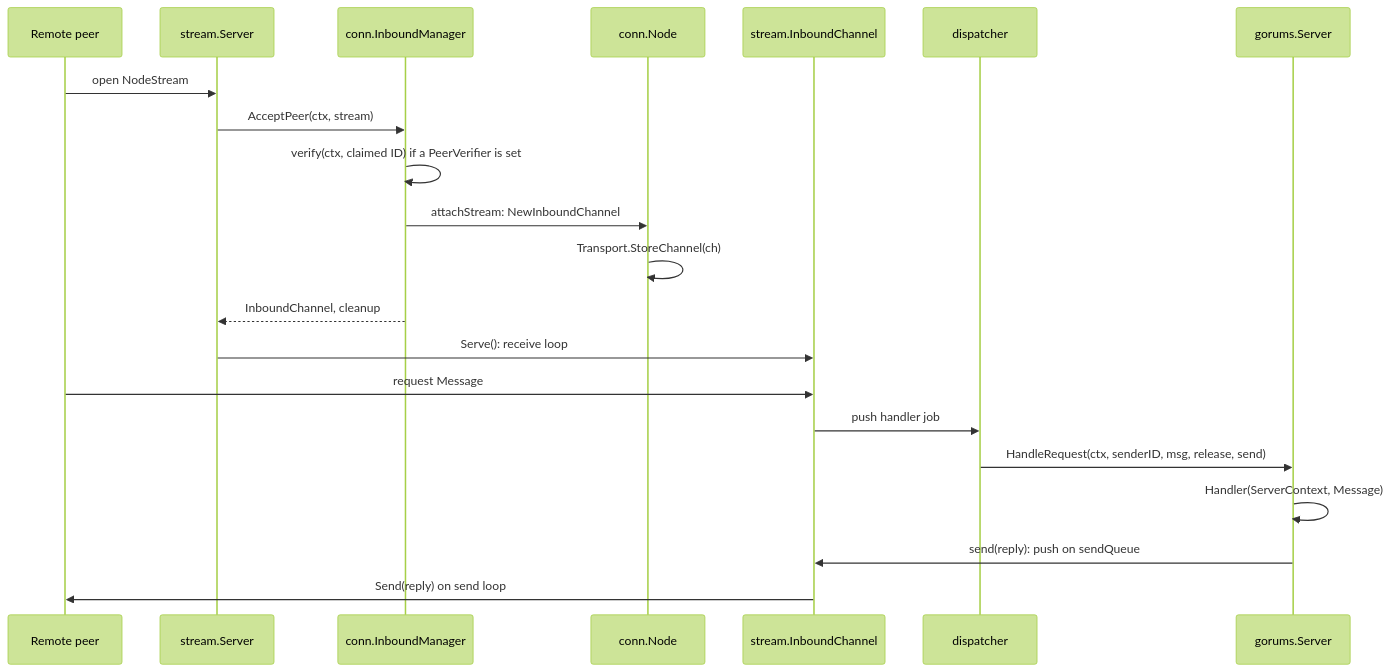
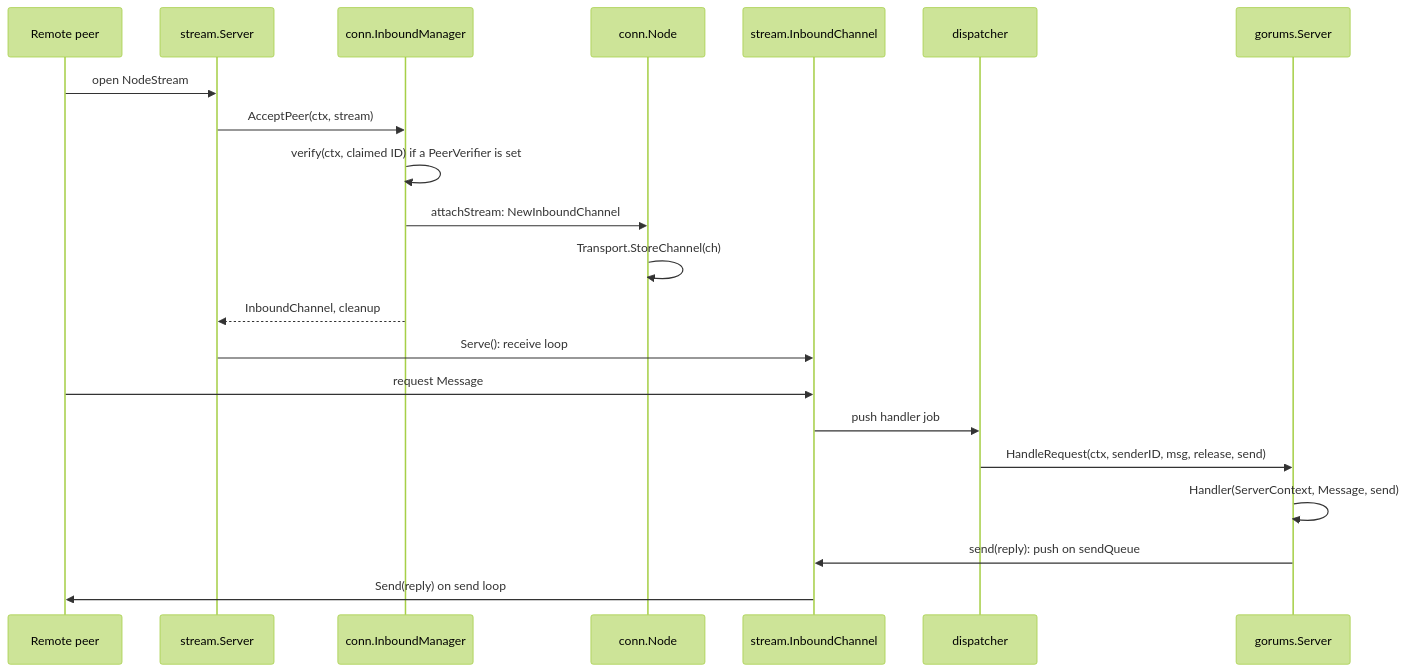
One commit to relab/gorums changed the tenth of 10 diagrams in doc/dev-guide.md. Above: the diagram before and after it, drawn with Mermaid (forest theme). The commit also changed other lines of this file and 20 other files, not shown here.

````diff
--- a/doc/dev-guide.md
+++ b/doc/dev-guide.md
@@ -683,24 +684,24 @@
 ```mermaid
 sequenceDiagram
     participant P as Remote peer
     participant SS as stream.Server
     participant IM as conn.InboundManager
     participant N as conn.Node
     participant IC as stream.InboundChannel
     participant D as dispatcher
     participant H as gorums.Server
 
     P->>SS: open NodeStream
     SS->>IM: AcceptPeer(ctx, stream)
     IM->>IM: verify(ctx, claimed ID) if a PeerVerifier is set
     IM->>N: attachStream: NewInboundChannel
     N->>N: Transport.StoreChannel(ch)
     IM-->>SS: InboundChannel, cleanup
     SS->>IC: Serve(): receive loop
     P->>IC: request Message
     IC->>D: push handler job
     D->>H: HandleRequest(ctx, senderID, msg, release, send)
-    H->>H: Handler(ServerContext, Message)
+    H->>H: Handler(ServerContext, Message, send)
     H->>IC: send(reply): push on sendQueue
     IC->>P: Send(reply) on send loop
 ```
````
